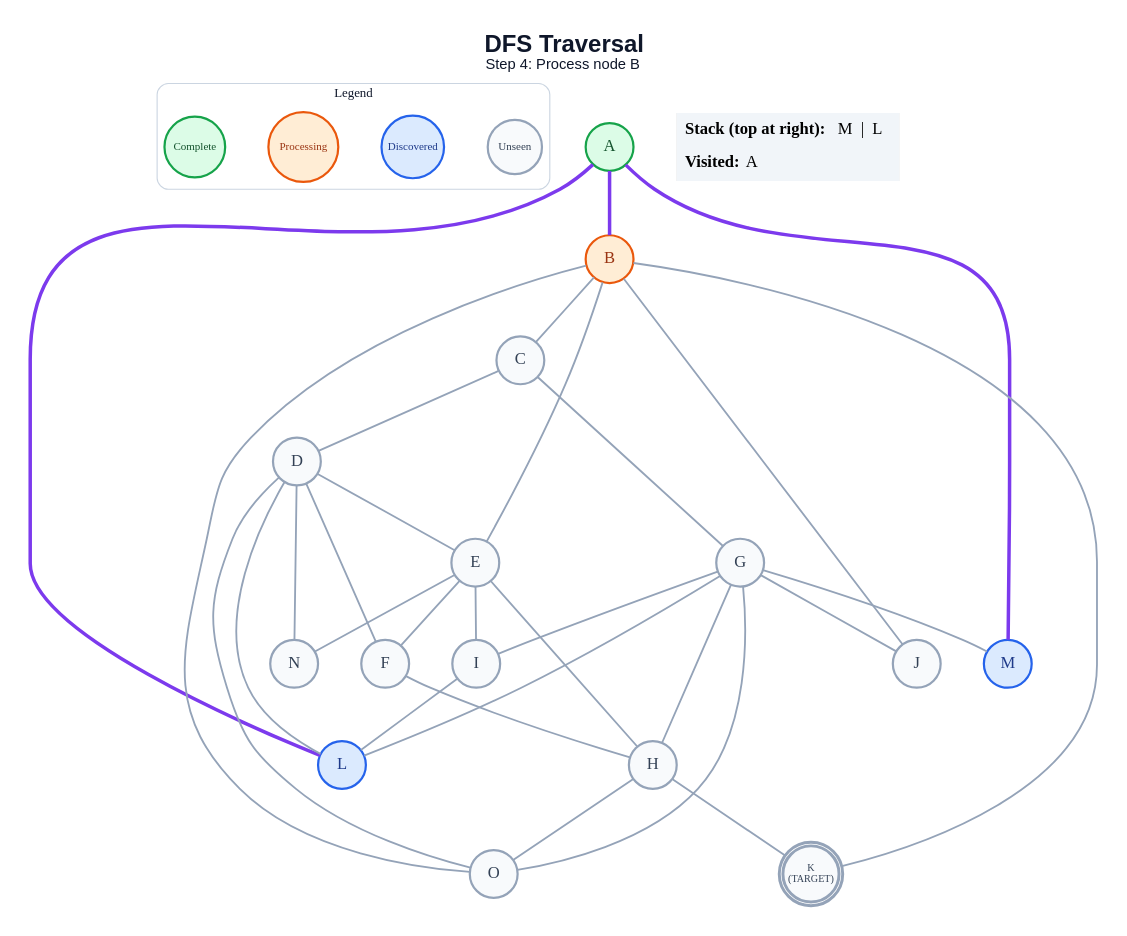
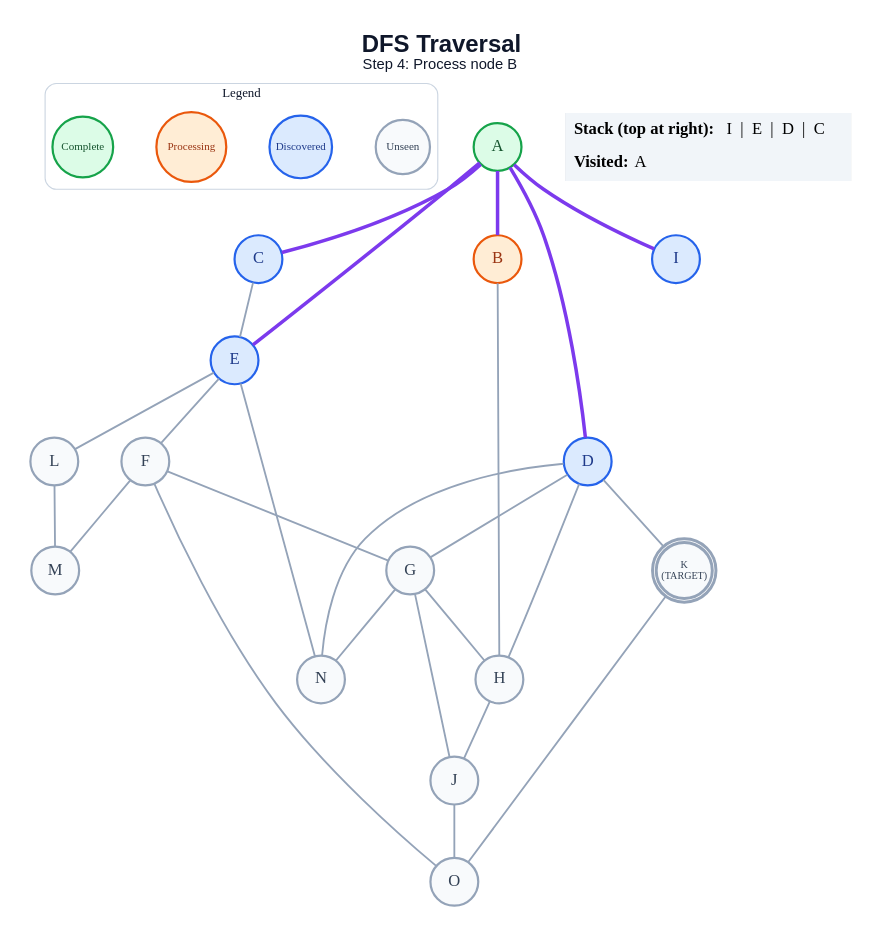
The diagram in generated/dfs/step_04.dot (anon7238593-create/ai-slop), drawn with Graphviz before and after one commit. The commit also changed 239 other files, not shown here.

```diff
--- a/generated/dfs/step_04.dot
+++ b/generated/dfs/step_04.dot
@@ -1,63 +1,58 @@
 graph traversal {
   graph [layout=dot, rankdir=TB, bgcolor="#FFFFFF", pad="0.35", nodesep="0.65", ranksep="0.8", fontname="Arial"];
   node [shape=circle, style="filled", fontname="Arial Bold", fontsize=18, width=0.72, fixedsize=true, penwidth=2.4];
   edge [color="#94A3B8", penwidth=2.0];
   label=<<B>DFS Traversal</B><BR/><FONT POINT-SIZE="16">Step 4: Process node B</FONT>>; labelloc="t"; fontsize=26; fontname="Arial"; fontcolor="#0F172A";
   subgraph cluster_legend { label="Legend"; color="#CBD5E1"; penwidth=1.2; style="rounded"; fontsize=14; fontname="Arial Bold";
     key_unseen [label="Unseen", fillcolor="#F8FAFC", color="#94A3B8", fontcolor="#334155", fontsize=12, width=0.82];
     key_frontier [label="Discovered", fillcolor="#DBEAFE", color="#2563EB", fontcolor="#1E3A8A", fontsize=12, width=0.95];
     key_current [label="Processing", fillcolor="#FFEDD5", color="#EA580C", fontcolor="#9A3412", fontsize=12, width=1.05];
     key_done [label="Complete", fillcolor="#DCFCE7", color="#16A34A", fontcolor="#14532D", fontsize=12, width=0.92];
     { rank=same; key_unseen; key_frontier; key_current; key_done; }
   }
   A [label="A", fillcolor="#DCFCE7", color="#16A34A", fontcolor="#14532D", peripheries=1, penwidth=2.4];
   B [label="B", fillcolor="#FFEDD5", color="#EA580C", fontcolor="#9A3412", peripheries=1, penwidth=2.4];
-  C [label="C", fillcolor="#F8FAFC", color="#94A3B8", fontcolor="#334155", peripheries=1, penwidth=2.4];
-  D [label="D", fillcolor="#F8FAFC", color="#94A3B8", fontcolor="#334155", peripheries=1, penwidth=2.4];
-  E [label="E", fillcolor="#F8FAFC", color="#94A3B8", fontcolor="#334155", peripheries=1, penwidth=2.4];
+  C [label="C", fillcolor="#DBEAFE", color="#2563EB", fontcolor="#1E3A8A", peripheries=1, penwidth=2.4];
+  D [label="D", fillcolor="#DBEAFE", color="#2563EB", fontcolor="#1E3A8A", peripheries=1, penwidth=2.4];
+  E [label="E", fillcolor="#DBEAFE", color="#2563EB", fontcolor="#1E3A8A", peripheries=1, penwidth=2.4];
   F [label="F", fillcolor="#F8FAFC", color="#94A3B8", fontcolor="#334155", peripheries=1, penwidth=2.4];
   G [label="G", fillcolor="#F8FAFC", color="#94A3B8", fontcolor="#334155", peripheries=1, penwidth=2.4];
   H [label="H", fillcolor="#F8FAFC", color="#94A3B8", fontcolor="#334155", peripheries=1, penwidth=2.4];
-  I [label="I", fillcolor="#F8FAFC", color="#94A3B8", fontcolor="#334155", peripheries=1, penwidth=2.4];
+  I [label="I", fillcolor="#DBEAFE", color="#2563EB", fontcolor="#1E3A8A", peripheries=1, penwidth=2.4];
   J [label="J", fillcolor="#F8FAFC", color="#94A3B8", fontcolor="#334155", peripheries=1, penwidth=2.4];
   K [label="K\n(TARGET)", fillcolor="#F8FAFC", color="#94A3B8", fontcolor="#334155", peripheries=2, penwidth=3.2, fontsize=11, width=0.85, height=0.85];
-  L [label="L", fillcolor="#DBEAFE", color="#2563EB", fontcolor="#1E3A8A", peripheries=1, penwidth=2.4];
-  M [label="M", fillcolor="#DBEAFE", color="#2563EB", fontcolor="#1E3A8A", peripheries=1, penwidth=2.4];
+  L [label="L", fillcolor="#F8FAFC", color="#94A3B8", fontcolor="#334155", peripheries=1, penwidth=2.4];
+  M [label="M", fillcolor="#F8FAFC", color="#94A3B8", fontcolor="#334155", peripheries=1, penwidth=2.4];
   N [label="N", fillcolor="#F8FAFC", color="#94A3B8", fontcolor="#334155", peripheries=1, penwidth=2.4];
   O [label="O", fillcolor="#F8FAFC", color="#94A3B8", fontcolor="#334155", peripheries=1, penwidth=2.4];
   A -- B [color="#7C3AED", penwidth=3.8];
-  A -- L [color="#7C3AED", penwidth=3.8];
-  A -- M [color="#7C3AED", penwidth=3.8];
-  B -- C;
-  B -- E;
-  B -- J;
-  B -- K;
-  B -- O;
-  C -- D;
-  C -- G;
-  D -- E;
-  D -- F;
-  D -- L;
+  A -- C [color="#7C3AED", penwidth=3.8];
+  A -- D [color="#7C3AED", penwidth=3.8];
+  A -- E [color="#7C3AED", penwidth=3.8];
+  A -- I [color="#7C3AED", penwidth=3.8];
+  B -- H;
+  C -- E;
+  D -- G;
+  D -- H;
+  D -- K;
   D -- N;
-  D -- O;
   E -- F;
-  E -- H;
-  E -- I;
+  E -- L;
   E -- N;
-  F -- H;
+  F -- G;
+  F -- M;
+  F -- O;
   G -- H;
-  G -- I;
   G -- J;
-  G -- L;
-  G -- M;
-  G -- O;
-  H -- K;
-  H -- O;
-  I -- L;
+  G -- N;
+  H -- J;
+  J -- O;
+  K -- O;
+  L -- M;
   status [shape=plain, fixedsize=false, width=0, height=0, margin=0, label=<
     <TABLE BORDER="0" CELLBORDER="0" CELLPADDING="7" BGCOLOR="#F1F5F9">
-      <TR><TD ALIGN="LEFT"><B>Stack (top at right):</B> M  |  L</TD></TR>
+      <TR><TD ALIGN="LEFT"><B>Stack (top at right):</B> I  |  E  |  D  |  C</TD></TR>
       <TR><TD ALIGN="LEFT"><B>Visited:</B> A</TD></TR>
     </TABLE>
   >];
 }
```
